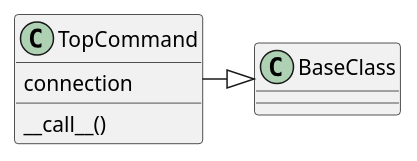
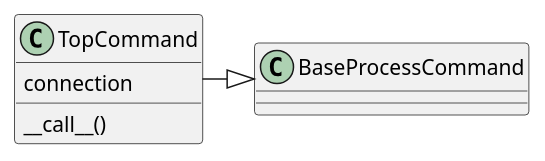
Before and after one commit to russell-n/oldape: the first of 3 diagrams in apetools/commands/topcommand.rst, drawn with PlantUML. The commit also changed other lines of this file and 68 other files, not shown here.

```diff
--- a/apetools/commands/topcommand.rst
+++ b/apetools/commands/topcommand.rst
@@ -34,5 +36,5 @@
 .. uml::
 
-   TopCommand -|> BaseClass
+   TopCommand -|> BaseProcessCommand
    TopCommand : connection
    TopCommand : __call__()
```
